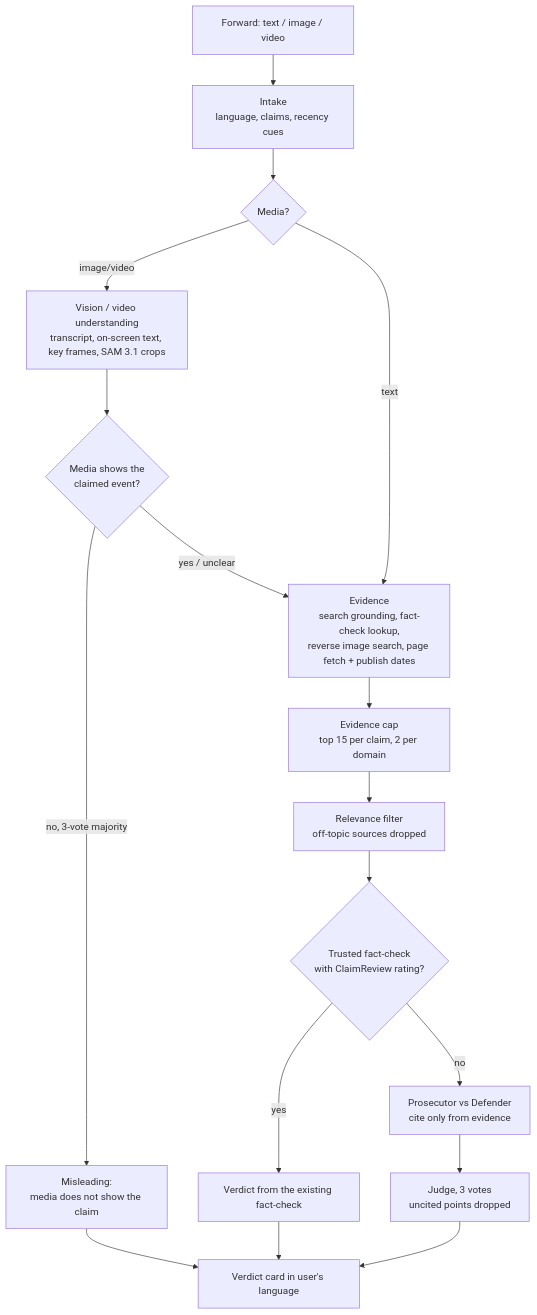
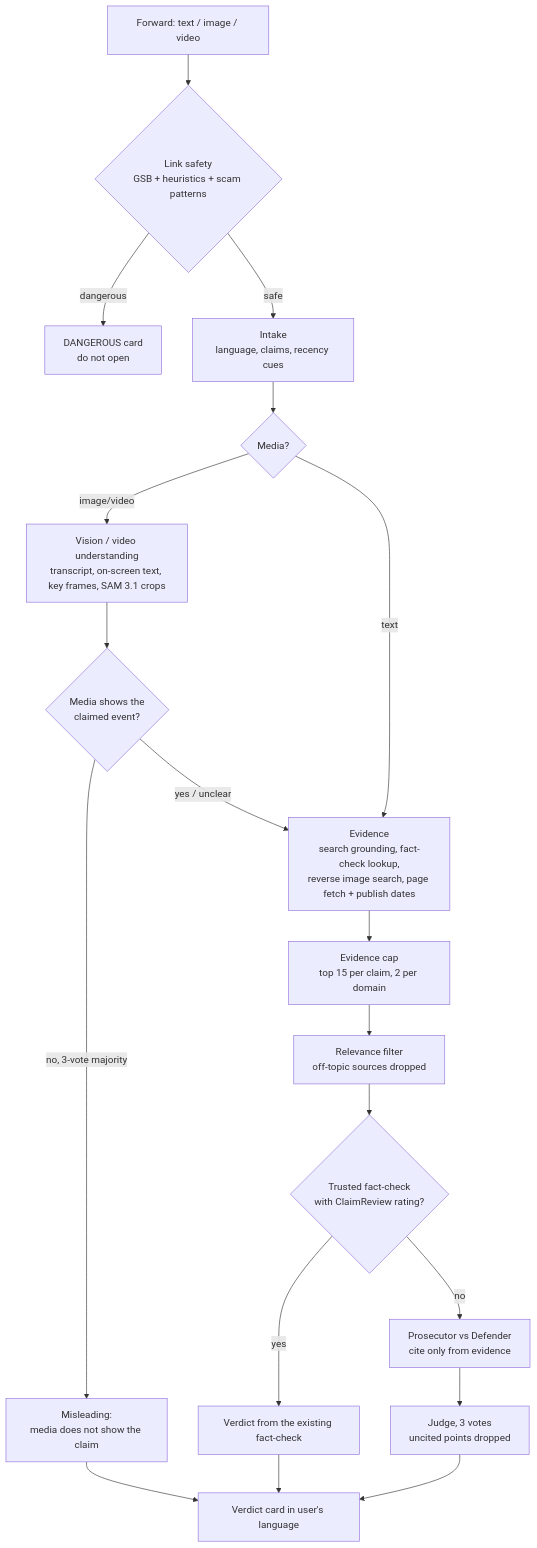
The diagram in README.md (anurag-devx/forward-court), drawn with Mermaid before and after one commit. The commit also changed other lines of this file and 17 other files, not shown here.

````diff
--- a/README.md
+++ b/README.md
@@ -15,19 +45,21 @@
 ```mermaid
 flowchart TD
-    A[Forward: text / image / video] --> B[Intake<br/>language, claims, recency cues]
+    A[Forward: text / image / video] --> L{Link safety<br/>GSB + heuristics + scam patterns}
+    L -- dangerous --> DD[DANGEROUS card<br/>do not open]
+    L -- safe --> B[Intake<br/>language, claims, recency cues]
     B --> M{Media?}
     M -- image/video --> V[Vision / video understanding<br/>transcript, on-screen text, key frames, SAM 3.1 crops]
     V --> G{Media shows the<br/>claimed event?}
     G -- no, 3-vote majority --> X[Misleading:<br/>media does not show the claim]
     G -- yes / unclear --> E
     M -- text --> E[Evidence<br/>search grounding, fact-check lookup,<br/>reverse image search, page fetch + publish dates]
     E --> CAP[Evidence cap<br/>top 15 per claim, 2 per domain]
     CAP --> R[Relevance filter<br/>off-topic sources dropped]
     R --> C{Trusted fact-check<br/>with ClaimReview rating?}
     C -- yes --> K[Verdict from the existing fact-check]
     C -- no --> D[Prosecutor vs Defender<br/>cite only from evidence]
     D --> J[Judge, 3 votes<br/>uncited points dropped]
     J --> CARD[Verdict card in user's language]
     K --> CARD
     X --> CARD
 ```
````
